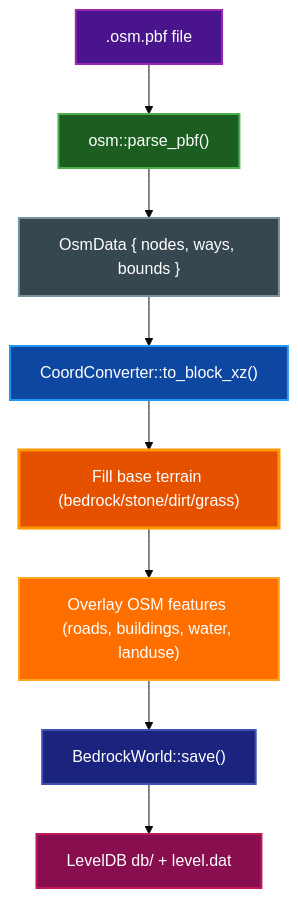
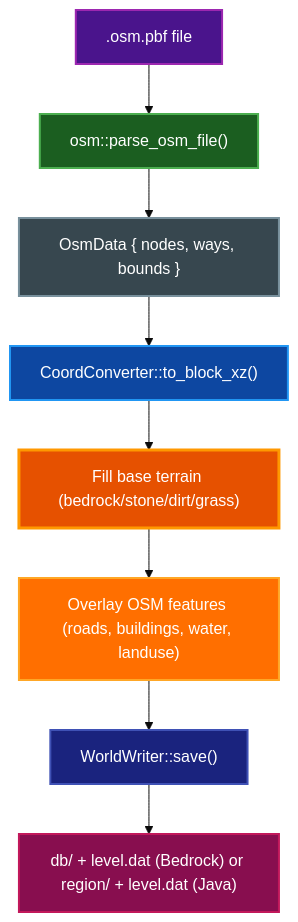
One commit to paulrobello/osm-to-bedrock changed the second of 3 diagrams in docs/DEVELOPER_INFO.md. Above: the diagram before and after it, drawn with Mermaid (base theme). The commit also changed other lines of this file and 6 other files, not shown here.

````diff
--- a/docs/DEVELOPER_INFO.md
+++ b/docs/DEVELOPER_INFO.md
@@ -185,28 +197,28 @@
 ```mermaid
 graph TD
     PBF[".osm.pbf file"]
-    ParsePBF["osm::parse_pbf()"]
+    ParsePBF["osm::parse_osm_file()"]
     OsmData["OsmData { nodes, ways, bounds }"]
     Conv["CoordConverter::to_block_xz()"]
     Terrain["Fill base terrain (bedrock/stone/dirt/grass)"]
     Features["Overlay OSM features (roads, buildings, water, landuse)"]
-    World["BedrockWorld::save()"]
-    LDB["LevelDB db/ + level.dat"]
+    World["WorldWriter::save()"]
+    LDB["db/ + level.dat (Bedrock) or region/ + level.dat (Java)"]
 
     PBF --> ParsePBF
     ParsePBF --> OsmData
     OsmData --> Conv
     Conv --> Terrain
     Terrain --> Features
     Features --> World
     World --> LDB
 
     style PBF fill:#4a148c,stroke:#9c27b0,stroke-width:2px,color:#ffffff
     style ParsePBF fill:#1b5e20,stroke:#4caf50,stroke-width:2px,color:#ffffff
     style OsmData fill:#37474f,stroke:#78909c,stroke-width:2px,color:#ffffff
     style Conv fill:#0d47a1,stroke:#2196f3,stroke-width:2px,color:#ffffff
     style Terrain fill:#e65100,stroke:#ff9800,stroke-width:3px,color:#ffffff
     style Features fill:#ff6f00,stroke:#ffa726,stroke-width:2px,color:#ffffff
     style World fill:#1a237e,stroke:#3f51b5,stroke-width:2px,color:#ffffff
     style LDB fill:#880e4f,stroke:#c2185b,stroke-width:2px,color:#ffffff
 ```
````
